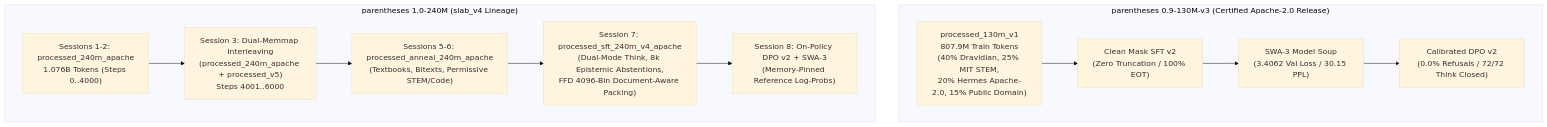
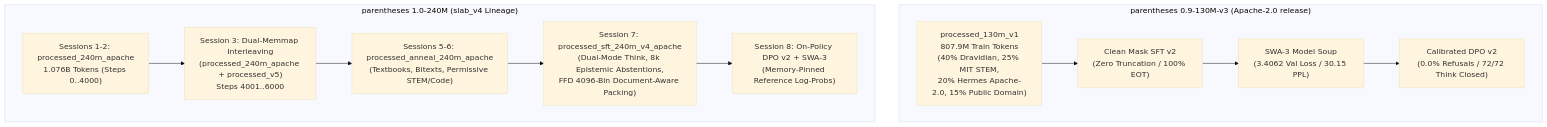
One commit to uncoalesced/parentheses changed the diagram in TRAINING_DATA.md. Above: the diagram before and after it, drawn with Mermaid (base theme). The commit also changed other lines of this file and 12 other files, not shown here.

````diff
--- a/TRAINING_DATA.md
+++ b/TRAINING_DATA.md
@@ -55,15 +55,15 @@
 ```mermaid
 flowchart TD
-    subgraph Tanzanite["parentheses 0.9-130M-v3 (Certified Apache-2.0 Release)"]
+    subgraph Tanzanite["parentheses 0.9-130M-v3 (Apache-2.0 release)"]
         D1["processed_130m_v1<br/>807.9M Train Tokens<br/>(40% Dravidian, 25% MIT STEM,<br/>20% Hermes Apache-2.0, 15% Public Domain)"] --> SFT1["Clean Mask SFT v2<br/>(Zero Truncation / 100% EOT)"]
         SFT1 --> SWA1["SWA-3 Model Soup<br/>(3.4062 Val Loss / 30.15 PPL)"]
         SWA1 --> DPO1["Calibrated DPO v2<br/>(0.0% Refusals / 72/72 Think Closed)"]
     end
 
     subgraph SlabV4["parentheses 1.0-240M (slab_v4 Lineage)"]
         S1["Sessions 1-2: processed_240m_apache<br/>1.076B Tokens (Steps 0..4000)"] --> S3["Session 3: Dual-Memmap Interleaving<br/>(processed_240m_apache + processed_v5)<br/>Steps 4001..6000"]
         S3 --> S5["Sessions 5-6: processed_anneal_240m_apache<br/>(Textbooks, Bitexts, Permissive STEM/Code)"]
         S5 --> S7["Session 7: processed_sft_240m_v4_apache<br/>(Dual-Mode Think, 8k Epistemic Abstentions,<br/>FFD 4096-Bin Document-Aware Packing)"]
         S7 --> S8["Session 8: On-Policy DPO v2 + SWA-3<br/>(Memory-Pinned Reference Log-Probs)"]
     end
 ```
````
